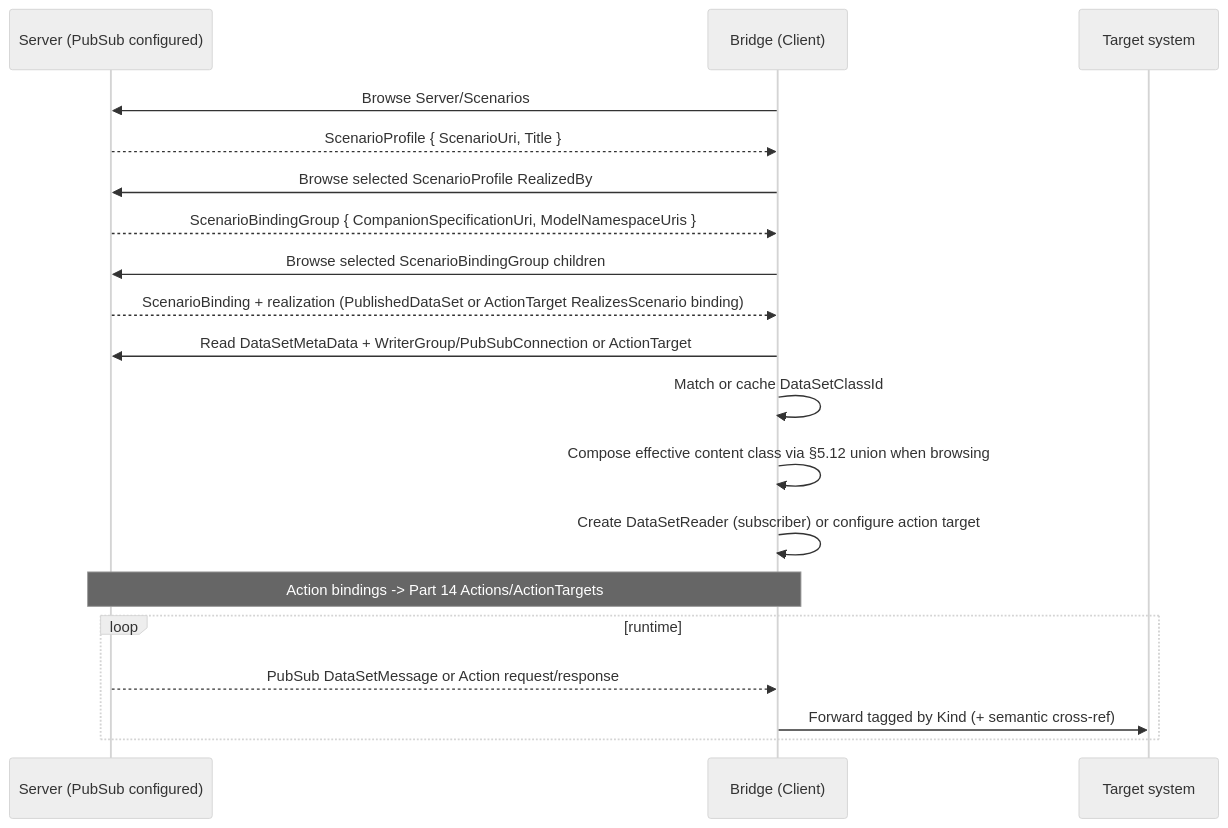
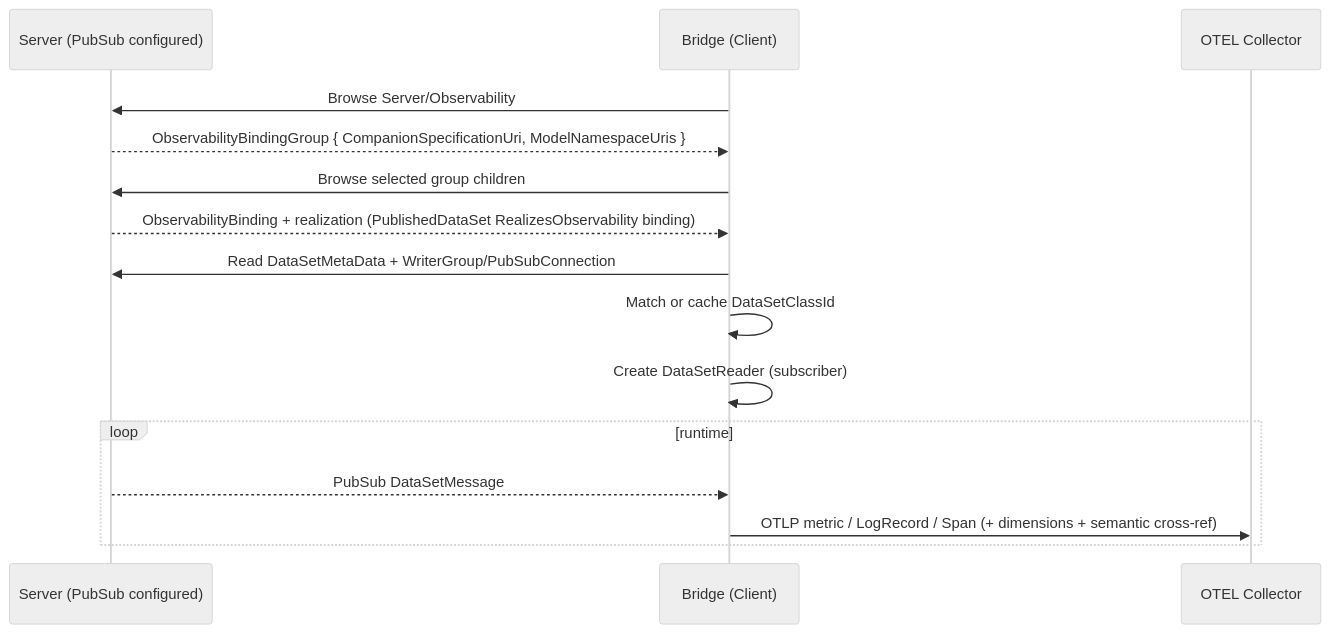
Before and after one commit to marcschier/opcua-drafts: the fifth of 5 diagrams in core-specs/observability-export/OPC-UA-Observability-Export.md, drawn with Mermaid (neutral theme). The commit also changed other lines of this file and 3 other files, not shown here.

````diff
--- a/core-specs/observability-export/OPC-UA-Observability-Export.md
+++ b/core-specs/observability-export/OPC-UA-Observability-Export.md
@@ -585,21 +466,17 @@
 ```mermaid
 sequenceDiagram
   participant S as Server (PubSub configured)
   participant B as Bridge (Client)
-  participant X as Target system
-  B->>S: Browse Server/Scenarios
-  S-->>B: ScenarioProfile { ScenarioUri, Title }
-  B->>S: Browse selected ScenarioProfile RealizedBy
-  S-->>B: ScenarioBindingGroup { CompanionSpecificationUri, ModelNamespaceUris }
-  B->>S: Browse selected ScenarioBindingGroup children
-  S-->>B: ScenarioBinding + realization (PublishedDataSet or ActionTarget RealizesScenario binding)
-  B->>S: Read DataSetMetaData + WriterGroup/PubSubConnection or ActionTarget
+  participant C as OTEL Collector
+  B->>S: Browse Server/Observability
+  S-->>B: ObservabilityBindingGroup { CompanionSpecificationUri, ModelNamespaceUris }
+  B->>S: Browse selected group children
+  S-->>B: ObservabilityBinding + realization (PublishedDataSet RealizesObservability binding)
+  B->>S: Read DataSetMetaData + WriterGroup/PubSubConnection
   B->>B: Match or cache DataSetClassId
-  B->>B: Compose effective content class via §5.12 union when browsing
-  B->>B: Create DataSetReader (subscriber) or configure action target
-  Note over S,B: Action bindings -> Part 14 Actions/ActionTargets
+  B->>B: Create DataSetReader (subscriber)
   loop runtime
-    S-->>B: PubSub DataSetMessage or Action request/response
-    B->>X: Forward tagged by Kind (+ semantic cross-ref)
+    S-->>B: PubSub DataSetMessage
+    B->>C: OTLP metric / LogRecord / Span (+ dimensions + semantic cross-ref)
   end
 ```
````
